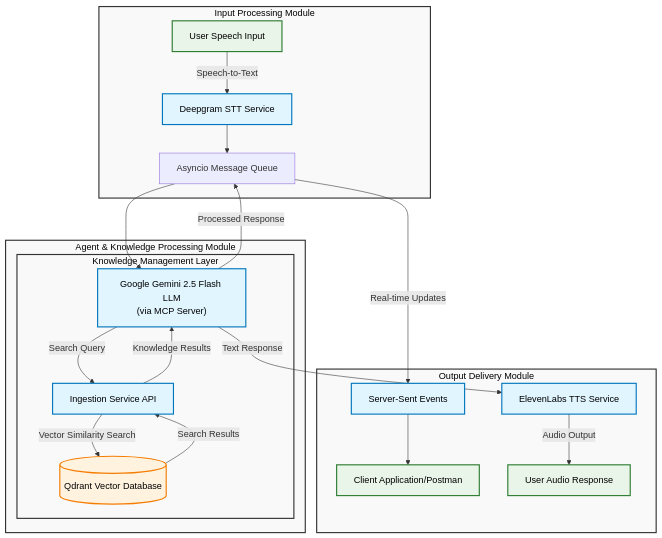
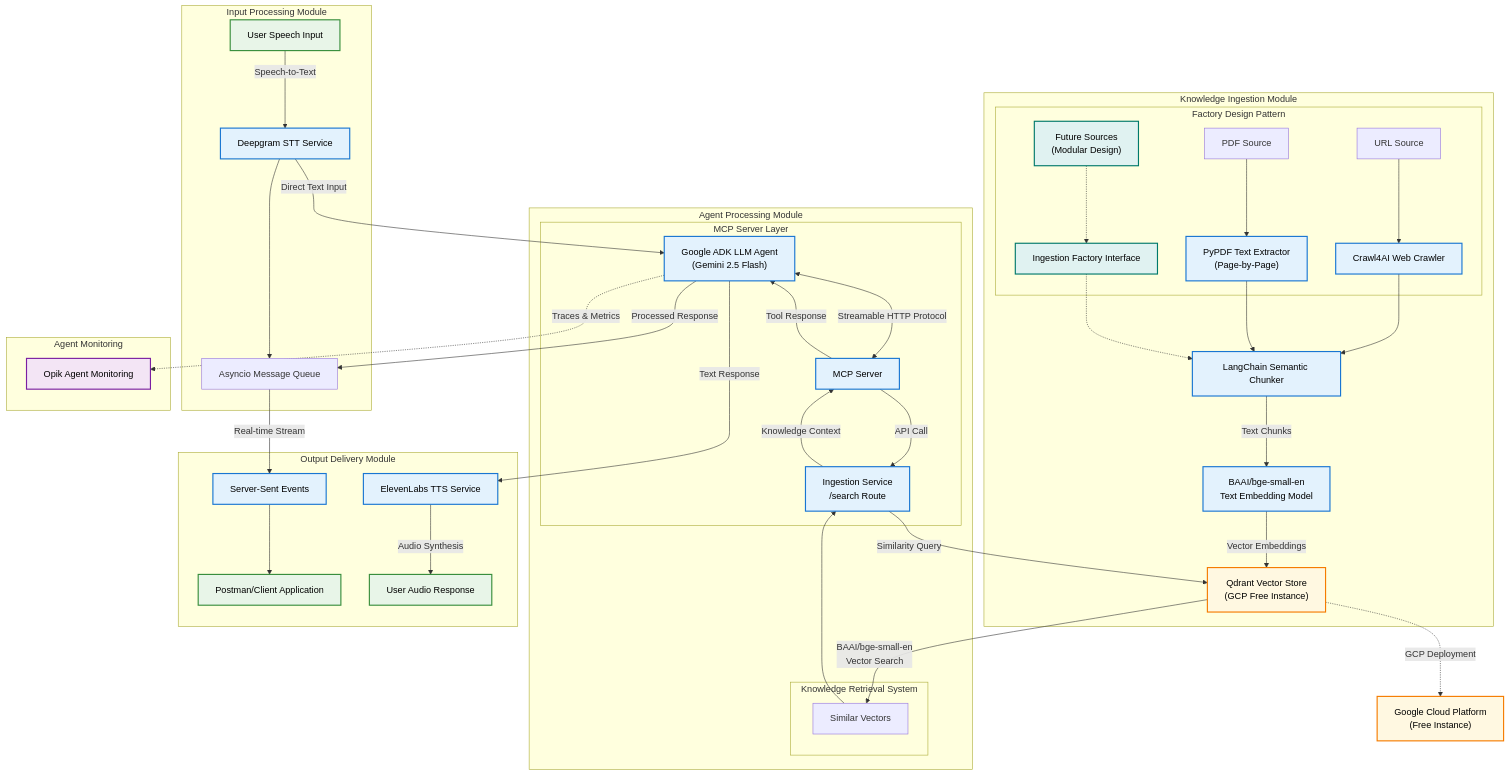
Before and after one commit to RoboJunior/Voice-Agent: the diagram in README.md, drawn with Mermaid.

Commit message:
Architecture Modified

````diff
--- a/README.md
+++ b/README.md
@@ -32,42 +32,94 @@
 ```mermaid
 flowchart TD
-    %% Input Processing Module
     subgraph InputModule["Input Processing Module"]
-        UserInput["User Speech Input"] -->|Speech-to-Text| STT["Deepgram STT Service"]
-        STT --> Queue["Asyncio Message Queue"]
+            STT["Deepgram STT Service"]
+            UserInput["User Speech Input"]
+            Queue["Asyncio Message Queue"]
     end
-    
-    %% Agent and Knowledge Processing Module
-    subgraph AgentModule["Agent & Knowledge Processing Module"]
-        Queue --> Agent["Google Gemini 2.5 Flash LLM<br/>(via MCP Server)"]
-        
-        subgraph KnowledgeLayer["Knowledge Management Layer"]
-            Agent -->|Search Query| IngestionAPI["Ingestion Service API"]
-            IngestionAPI -->|Vector Similarity Search| VectorDB[("Qdrant Vector Database")]
-            VectorDB -->|Search Results| IngestionAPI
-            IngestionAPI -->|Knowledge Results| Agent
-        end
-        
-        Agent -->|Processed Response| Queue
+    subgraph FactoryPattern["Factory Design Pattern"]
+            Crawl4AI["Crawl4AI Web Crawler"]
+            URLSource["URL Source"]
+            PyPDF["PyPDF Text Extractor<br>(Page-by-Page)"]
+            PDFSource["PDF Source"]
+            FactoryInterface["Ingestion Factory Interface"]
+            NewSource["Future Sources<br>(Modular Design)"]
     end
-    
-    %% Output Delivery Module
+    subgraph IngestionModule["Knowledge Ingestion Module"]
+            FactoryPattern
+            SemanticChunker["LangChain Semantic Chunker"]
+            Embeddings["BAAI/bge-small-en<br>Text Embedding Model"]
+            VectorStore["Qdrant Vector Store<br>(GCP Free Instance)"]
+    end
+    subgraph MCPLayer["MCP Server Layer"]
+            MCPServer["MCP Server"]
+            LLMAgent["Google ADK LLM Agent<br>(Gemini 2.5 Flash)"]
+            SearchRoute["Ingestion Service<br>/search Route"]
+    end
+    subgraph KnowledgeRetrieval["Knowledge Retrieval System"]
+            SimilarityResults["Similar Vectors"]
+    end
+    subgraph AgentModule["Agent Processing Module"]
+            MCPLayer
+            KnowledgeRetrieval
+    end
+    subgraph MonitoringModule["Agent Monitoring"]
+            OpikTracing["Opik Agent Monitoring"]
+    end
     subgraph OutputModule["Output Delivery Module"]
-        Queue -->|Real-time Updates| SSE["Server-Sent Events"]
-        SSE --> Client["Client Application/Postman"]
-        
-        Agent -->|Text Response| TTS["ElevenLabs TTS Service"]
-        TTS -->|Audio Output| UserOutput["User Audio Response"]
+            SSE["Server-Sent Events"]
+            PostmanClient["Postman/Client Application"]
+            TTS["ElevenLabs TTS Service"]
+            UserOutput["User Audio Response"]
     end
-    
-    %% Styling
-    classDef moduleStyle fill:#f9f9f9,stroke:#333,stroke-width:2px,color:#000
-    classDef serviceStyle fill:#e1f5fe,stroke:#0277bd,stroke-width:2px,color:#000
-    classDef databaseStyle fill:#fff3e0,stroke:#f57c00,stroke-width:2px,color:#000
-    classDef userStyle fill:#e8f5e8,stroke:#2e7d32,stroke-width:2px,color:#000
-    
-    class InputModule,AgentModule,OutputModule,KnowledgeLayer moduleStyle
-    class STT,Agent,IngestionAPI,SSE,TTS serviceStyle
-    class VectorDB databaseStyle
-    class UserInput,UserOutput,Client userStyle
+        UserInput -- "Speech-to-Text" --> STT
+        STT --> Queue
+        URLSource --> Crawl4AI
+        PDFSource --> PyPDF
+        NewSource -.-> FactoryInterface
+        Crawl4AI --> SemanticChunker
+        PyPDF --> SemanticChunker
+        FactoryInterface -.-> SemanticChunker
+        SemanticChunker -- Text Chunks --> Embeddings
+        Embeddings -- Vector Embeddings --> VectorStore
+        STT -- Direct Text Input --> LLMAgent
+        LLMAgent <-- Streamable HTTP Protocol --> MCPServer
+        MCPServer -- API Call --> SearchRoute
+        SearchRoute -- Similarity Query --> VectorStore
+        VectorStore -- "BAAI/bge-small-en<br>Vector Search" --> SimilarityResults
+        SimilarityResults --> SearchRoute
+        SearchRoute -- Knowledge Context --> MCPServer
+        MCPServer -- Tool Response --> LLMAgent
+        LLMAgent -- Processed Response --> Queue
+        LLMAgent -. Traces & Metrics .-> OpikTracing
+        Queue -- "Real-time Stream" --> SSE
+        SSE --> PostmanClient
+        LLMAgent -- Text Response --> TTS
+        TTS -- Audio Synthesis --> UserOutput
+        VectorStore -. GCP Deployment .-> GCPCloud["Google Cloud Platform<br>(Free Instance)"]
+
+        UserInput:::userStyle
+        STT:::serviceStyle
+        Crawl4AI:::serviceStyle
+        PyPDF:::serviceStyle
+        NewSource:::factoryStyle
+        FactoryInterface:::factoryStyle
+        SemanticChunker:::serviceStyle
+        Embeddings:::serviceStyle
+        VectorStore:::databaseStyle
+        LLMAgent:::serviceStyle
+        MCPServer:::serviceStyle
+        SearchRoute:::serviceStyle
+        OpikTracing:::monitoringStyle
+        SSE:::serviceStyle
+        PostmanClient:::userStyle
+        TTS:::serviceStyle
+        UserOutput:::userStyle
+        GCPCloud:::databaseStyle
+        classDef moduleStyle fill:#f8f9fa,stroke:#495057,stroke-width:2px,color:#000
+        classDef serviceStyle fill:#e3f2fd,stroke:#1976d2,stroke-width:2px,color:#000
+        classDef databaseStyle fill:#fff8e1,stroke:#f57c00,stroke-width:2px,color:#000
+        classDef userStyle fill:#e8f5e8,stroke:#388e3c,stroke-width:2px,color:#000
+        classDef configStyle fill:#fce4ec,stroke:#c2185b,stroke-width:2px,color:#000
+        classDef monitoringStyle fill:#f3e5f5,stroke:#7b1fa2,stroke-width:2px,color:#000
+        classDef factoryStyle fill:#e0f2f1,stroke:#00796b,stroke-width:2px,color:#000
 ```
````
